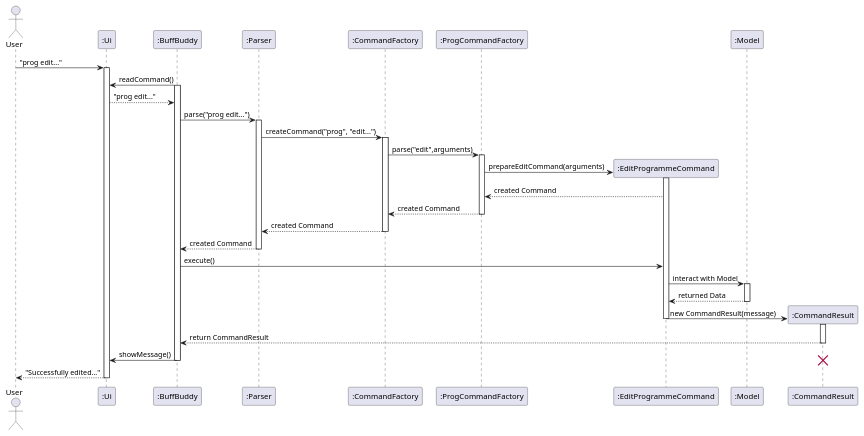
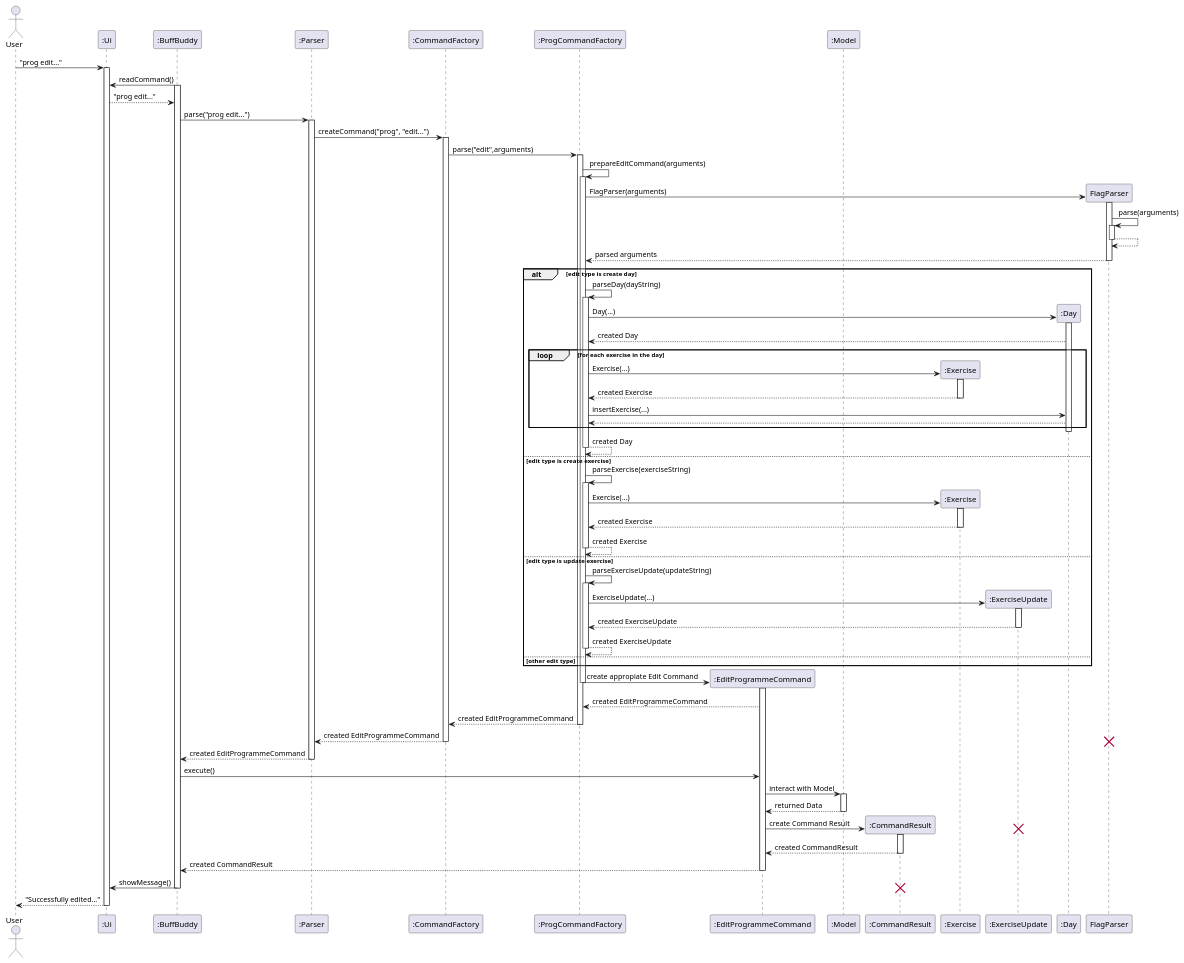
Before and after one commit to nus-cs2113-AY2425S1/tp: the diagram in docs/diagrams/editCommand.puml, drawn with PlantUML. The commit also changed 3 other files, not shown here.

Commit message:
Add edit programme documentation

```diff
--- a/docs/diagrams/editCommand.puml
+++ b/docs/diagrams/editCommand.puml
@@ -1,65 +1,135 @@
 @startuml
 actor User
 participant ":Ui" as Ui
 participant ":BuffBuddy" as BuffBuddy
 participant ":Parser" as Parser
 participant ":CommandFactory" as CommandFactory
 participant ":ProgCommandFactory" as ProgCommandFactory
 participant ":EditProgrammeCommand" as Command
 participant ":Model" as Model
 participant ":CommandResult" as CommandResult
-
+participant ":Exercise" as Exercise
+participant ":ExerciseUpdate" as ExerciseUpdate
+participant ":Day" as Day
 
 User -> Ui : "prog edit..."
 activate Ui
 BuffBuddy -> Ui: readCommand()
 activate BuffBuddy
 Ui --> BuffBuddy : "prog edit..."
 
 BuffBuddy -> Parser : parse("prog edit...")
 activate Parser
 
 Parser -> CommandFactory : createCommand("prog", "edit...")
 
 activate CommandFactory
 
 CommandFactory -> ProgCommandFactory : parse("edit",arguments)
+
 activate ProgCommandFactory
 
+ProgCommandFactory -> ProgCommandFactory : prepareEditCommand(arguments)
+activate ProgCommandFactory
+
+create FlagParser
+
+ProgCommandFactory -> FlagParser: FlagParser(arguments)
+activate FlagParser
+FlagParser -> FlagParser : parse(arguments)
+activate FlagParser
+FlagParser --> FlagParser
+deactivate FlagParser
+ProgCommandFactory <-- FlagParser: parsed arguments
+deactivate FlagParser
+
+alt edit type is create day
+    ProgCommandFactory -> ProgCommandFactory: parseDay(dayString)
+    activate ProgCommandFactory
+    create Day
+    ProgCommandFactory -> Day : Day(...)
+    activate Day
+    ProgCommandFactory <-- Day: created Day
+
+
+    loop for each exercise in the day
+        create Exercise
+        ProgCommandFactory -> Exercise : Exercise(...)
+        activate Exercise
+        ProgCommandFactory <-- Exercise: created Exercise
+        deactivate Exercise
+        ProgCommandFactory -> Day : insertExercise(...)
+        ProgCommandFactory <-- Day
+    end
+
+    deactivate Day
+    ProgCommandFactory --> ProgCommandFactory: created Day
+    deactivate ProgCommandFactory
+else edit type is create exercise
+    ProgCommandFactory -> ProgCommandFactory: parseExercise(exerciseString)
+    activate ProgCommandFactory
+    create Exercise
+    ProgCommandFactory -> Exercise: Exercise(...)
+    activate Exercise
+    ProgCommandFactory <-- Exercise: created Exercise
+    deactivate Exercise
+    ProgCommandFactory --> ProgCommandFactory: created Exercise
+    deactivate ProgCommandFactory
+else  edit type is update exercise
+    ProgCommandFactory -> ProgCommandFactory: parseExerciseUpdate(updateString)
+    activate ProgCommandFactory
+    create ExerciseUpdate
+    ProgCommandFactory -> ExerciseUpdate: ExerciseUpdate(...)
+    activate ExerciseUpdate
+    ProgCommandFactory <-- ExerciseUpdate: created ExerciseUpdate
+    deactivate ExerciseUpdate
+    ProgCommandFactory --> ProgCommandFactory: created ExerciseUpdate
+
+    deactivate ProgCommandFactory
+else other edit type
+end
 create Command
-ProgCommandFactory -> Command : prepareEditCommand(arguments)
+ProgCommandFactory -> Command : create appropiate Edit Command
+
+deactivate ProgCommandFactory
+
 activate Command
-ProgCommandFactory <-- Command: created Command
-CommandFactory <-- ProgCommandFactory: created Command
+ProgCommandFactory <-- Command : created EditProgrammeCommand
+CommandFactory <-- ProgCommandFactory : created EditProgrammeCommand
 deactivate ProgCommandFactory
-Parser <-- CommandFactory: created Command
+
+Parser <-- CommandFactory : created EditProgrammeCommand
+destroy FlagParser
 deactivate CommandFactory
-BuffBuddy <-- Parser: created Command
+
+
+BuffBuddy <-- Parser : created EditProgrammeCommand
 deactivate Parser
-
 
 BuffBuddy -> Command : execute()
 
 
 Command -> Model : interact with Model
 activate Model
 Command <-- Model: returned Data
 deactivate Model
 
 create CommandResult
-Command -> CommandResult: new CommandResult(message)
+Command -> CommandResult: create Command Result
+destroy ExerciseUpdate
 
 
+activate CommandResult
+Command <-- CommandResult : created CommandResult
+deactivate CommandResult
+BuffBuddy <-- Command: created CommandResult
 deactivate Command
-activate CommandResult
-BuffBuddy <-- CommandResult : return CommandResult
-deactivate CommandResult
+
 BuffBuddy -> Ui : showMessage()
+destroy CommandResult
+deactivate BuffBuddy
 
-deactivate BuffBuddy
-destroy CommandResult
 User <-- Ui : "Successfully edited..."
 deactivate Ui
 
-
 @enduml
```
